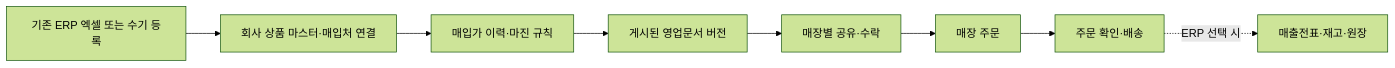
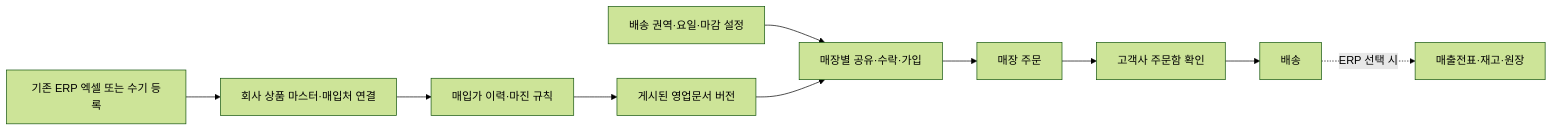
Before and after one commit to a01055929144-web/maju-intelligence: the diagram in docs/strategy/2026-11-06-maju-platform-blueprint.md, drawn with Mermaid (forest theme). The commit also changed other lines of this file and 5 other files, not shown here.

````diff
--- a/docs/strategy/2026-11-06-maju-platform-blueprint.md
+++ b/docs/strategy/2026-11-06-maju-platform-blueprint.md
@@ -18,10 +18,12 @@
 ```mermaid
 flowchart LR
   A[기존 ERP 엑셀 또는 수기 등록] --> B[회사 상품 마스터·매입처 연결]
   B --> C[매입가 이력·마진 규칙]
   C --> D[게시된 영업문서 버전]
-  D --> E[매장별 공유·수락]
+  C2[배송 권역·요일·마감 설정] --> E
+  D --> E[매장별 공유·수락·가입]
   E --> F[매장 주문]
-  F --> G[주문 확인·배송]
+  F --> F2[고객사 주문함 확인]
+  F2 --> G[배송]
   G -. ERP 선택 시 .-> H[매출전표·재고·원장]
 ```
````
